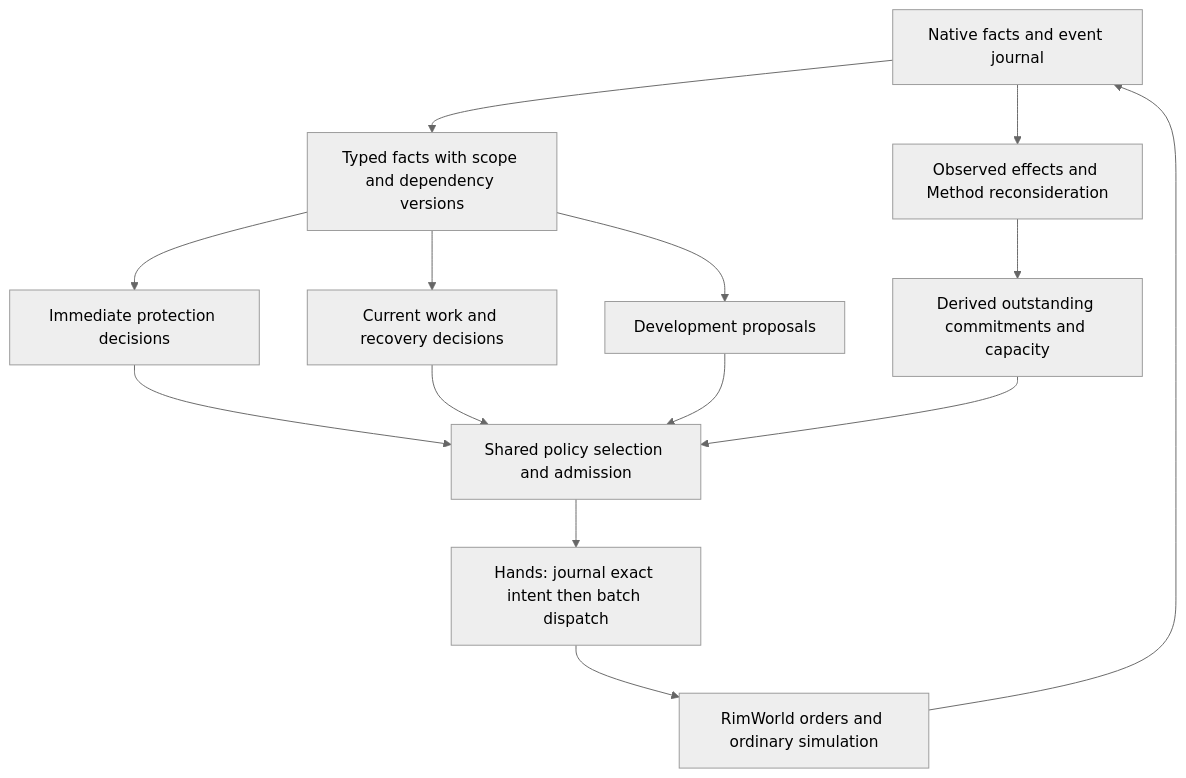
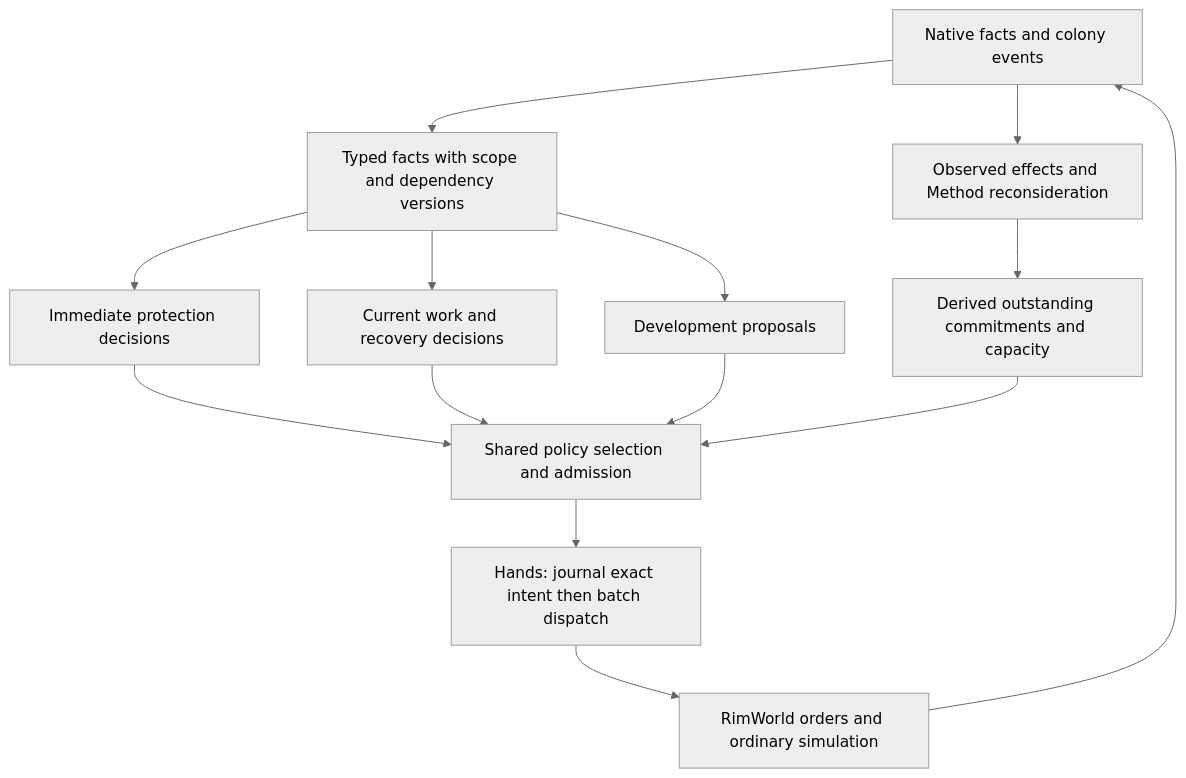
Before and after one commit to davidarcher/rimgovernor: the diagram in docs/developers/architecture/expert-play-assessment.md, drawn with Mermaid (neutral theme). The commit also changed 44 other files, not shown here.

````diff
--- a/docs/developers/architecture/expert-play-assessment.md
+++ b/docs/developers/architecture/expert-play-assessment.md
@@ -184,16 +184,16 @@
 ```mermaid
 flowchart TD
-    Native[Native facts and event journal] --> Facts[Typed facts with scope and dependency versions]
+    Native[Native facts and colony events] --> Facts[Typed facts with scope and dependency versions]
     Facts --> Protect[Immediate protection decisions]
     Facts --> Operate[Current work and recovery decisions]
     Facts --> Develop[Development proposals]
     Protect --> Admit[Shared policy selection and admission]
     Operate --> Admit
     Develop --> Admit
     Commitments[Derived outstanding commitments and capacity] --> Admit
     Admit --> Hands[Hands: journal exact intent then batch dispatch]
     Hands --> Game[RimWorld orders and ordinary simulation]
     Game --> Native
     Native --> Outcomes[Observed effects and Method reconsideration]
     Outcomes --> Commitments
 ```
````
